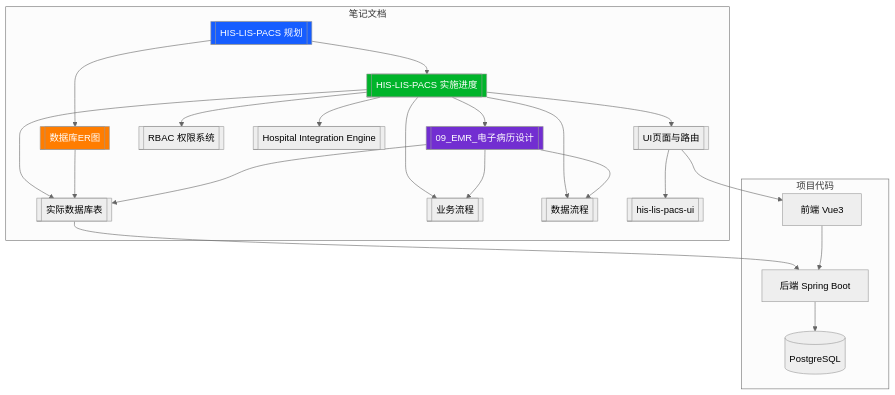
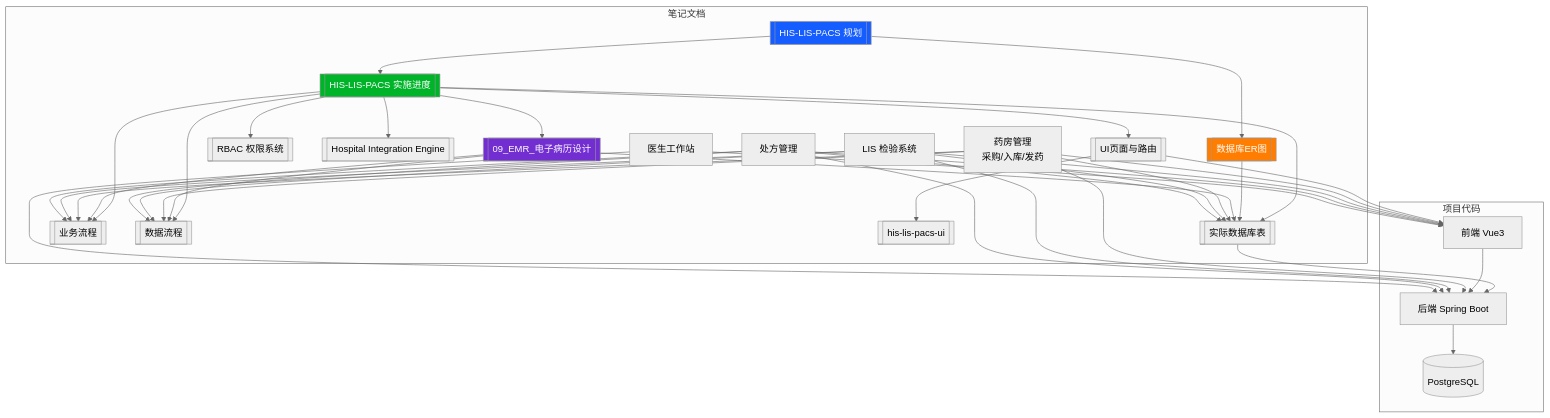
The second of 2 diagrams in projects/HIS-LIS-PACS 实施进度.md (ziqiu0/obsidian-vault), drawn with Mermaid (neutral theme) before and after one commit. The commit also changed other lines of this file and 9 other files, not shown here.

````diff
--- a/projects/HIS-LIS-PACS 实施进度.md
+++ b/projects/HIS-LIS-PACS 实施进度.md
@@ -166,46 +255,67 @@
 ```mermaid
 graph TB
     subgraph 笔记文档
         P[[HIS-LIS-PACS 规划]]
         IP[[HIS-LIS-PACS 实施进度]]
         ER[[数据库ER图]]
         TB2[[实际数据库表]]
         UI[[UI页面与路由]]
         BF[[业务流程]]
         DF[[数据流程]]
         RBAC2[[RBAC 权限系统]]
         HIE[[Hospital Integration Engine]]
         UIDESIGN[[his-lis-pacs-ui]]
         EMR[[09_EMR_电子病历设计]]
+        PHARM[药房管理<br>采购/入库/发药]
+        LIS[LIS 检验系统]
+        RX[处方管理]
+        DR[医生工作站]
     end
 
     subgraph 项目代码
         FE[前端 Vue3]
         BE[后端 Spring Boot]
         DB[(PostgreSQL)]
     end
 
     P --> IP
     P --> ER
     IP --> TB2
     IP --> UI
     IP --> BF
     IP --> DF
     ER --> TB2
     UI --> UIDESIGN
     TB2 --> BE
     UI --> FE
     BE --> DB
     FE --> BE
     IP --> RBAC2
     IP --> HIE
     IP --> EMR
     EMR --> BF
     EMR --> DF
     EMR --> TB2
+    PHARM --> BF
+    PHARM --> DF
+    PHARM --> TB2
+    PHARM --> FE
+    PHARM --> BE
+    LIS --> BF
+    LIS --> DF
+    LIS --> TB2
+    LIS --> FE
+    LIS --> BE
+    RX --> BF
+    RX --> DF
+    RX --> TB2
+    RX --> FE
+    RX --> BE
+    DR --> FE
+    DR --> BE
 
     style P fill:#165DFF,color:#fff
     style IP fill:#00B42A,color:#fff
     style ER fill:#FF7D00,color:#fff
     style EMR fill:#722ED1,color:#fff
 ```
````
